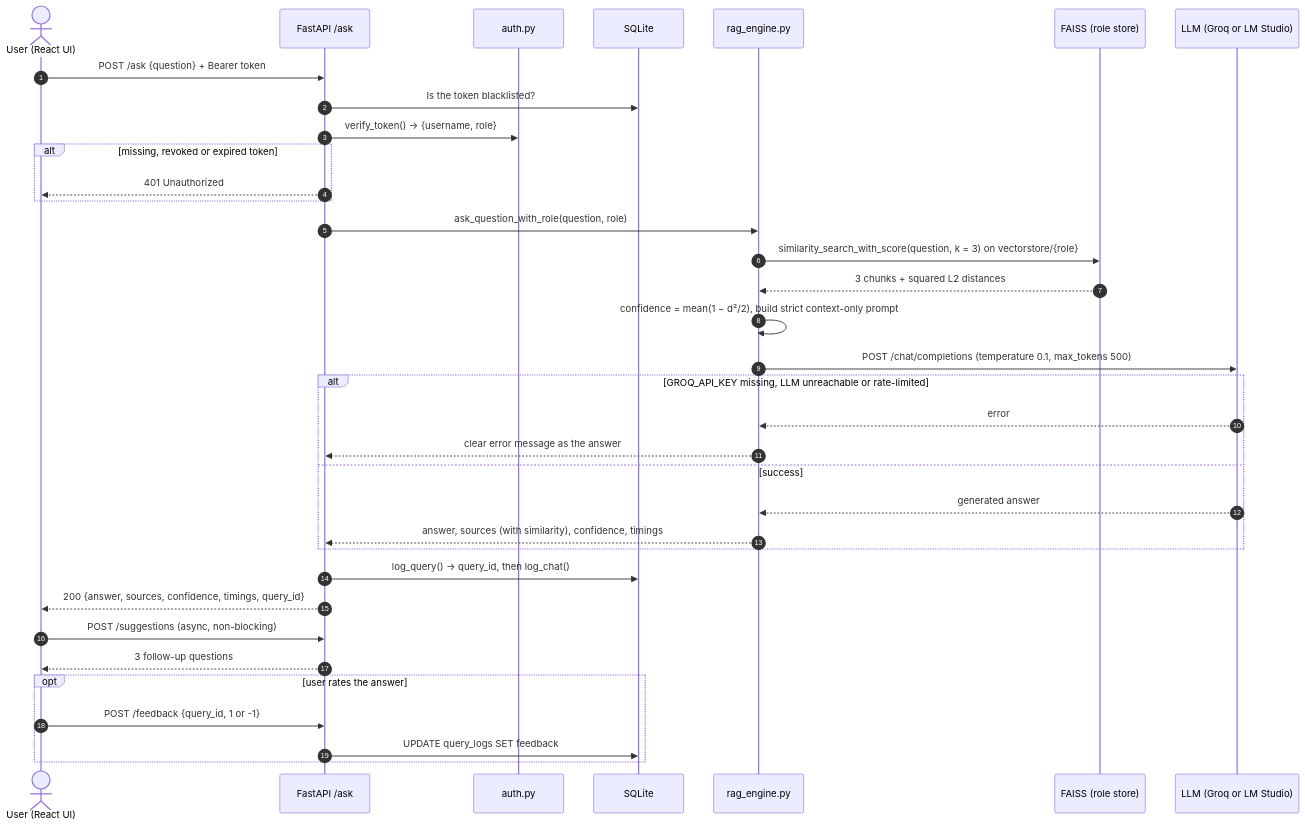
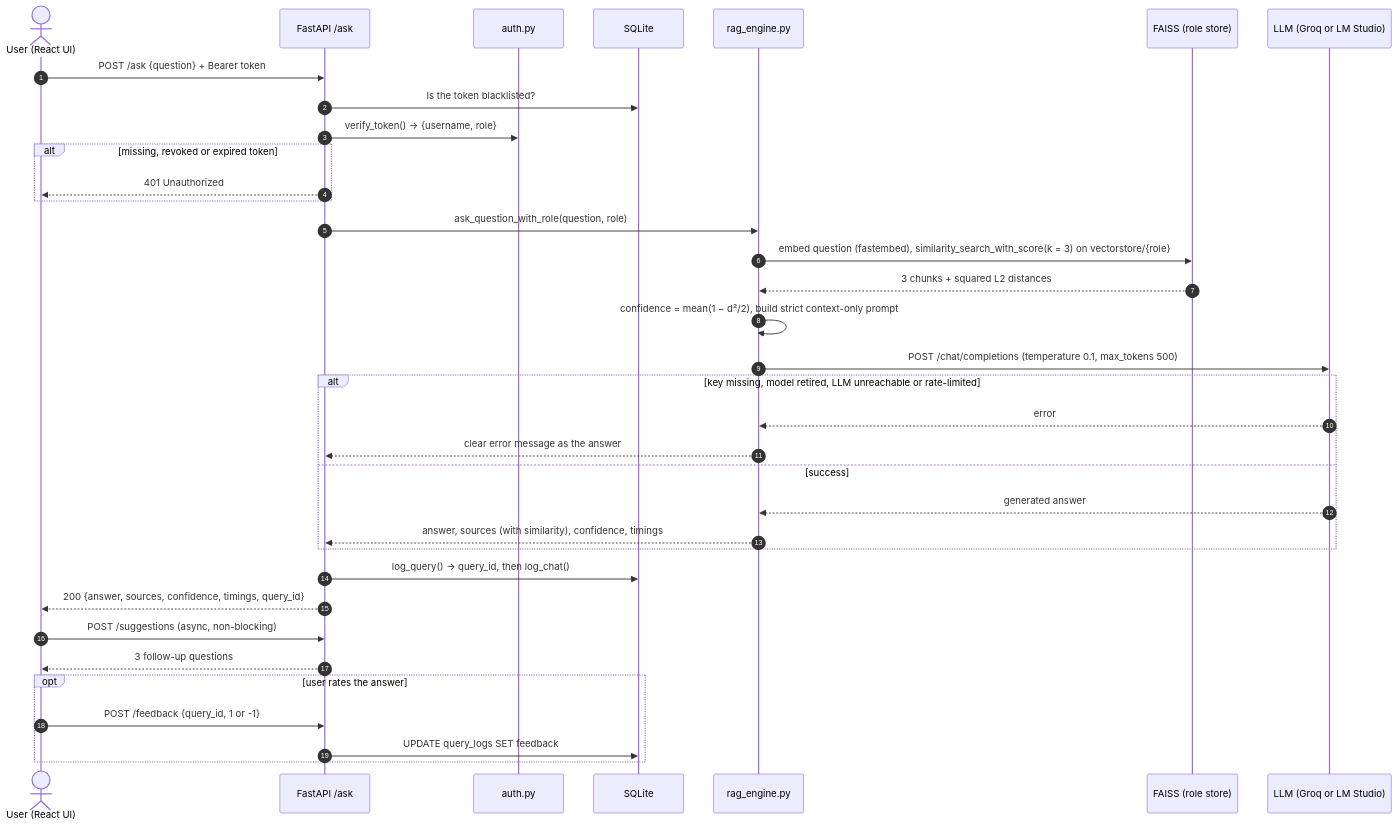
The second of 4 diagrams in README.md (GOPIKA-BTECH23/enterprise-rag-assistant), drawn with Mermaid before and after one commit. The commit also changed other lines of this file and 13 other files, not shown here.

````diff
--- a/README.md
+++ b/README.md
@@ -102,38 +105,38 @@
 ```mermaid
 sequenceDiagram
     autonumber
     actor U as User (React UI)
     participant A as FastAPI /ask
     participant J as auth.py
     participant D as SQLite
     participant R as rag_engine.py
     participant F as FAISS (role store)
     participant L as LLM (Groq or LM Studio)
 
     U->>A: POST /ask {question} + Bearer token
     A->>D: Is the token blacklisted?
     A->>J: verify_token() → {username, role}
     alt missing, revoked or expired token
         A-->>U: 401 Unauthorized
     end
     A->>R: ask_question_with_role(question, role)
-    R->>F: similarity_search_with_score(question, k = 3) on vectorstore/{role}
+    R->>F: embed question (fastembed), similarity_search_with_score(k = 3) on vectorstore/{role}
     F-->>R: 3 chunks + squared L2 distances
     R->>R: confidence = mean(1 − d²/2), build strict context-only prompt
     R->>L: POST /chat/completions (temperature 0.1, max_tokens 500)
-    alt GROQ_API_KEY missing, LLM unreachable or rate-limited
+    alt key missing, model retired, LLM unreachable or rate-limited
         L-->>R: error
         R-->>A: clear error message as the answer
     else success
         L-->>R: generated answer
         R-->>A: answer, sources (with similarity), confidence, timings
     end
     A->>D: log_query() → query_id, then log_chat()
     A-->>U: 200 {answer, sources, confidence, timings, query_id}
     U->>A: POST /suggestions (async, non-blocking)
     A-->>U: 3 follow-up questions
     opt user rates the answer
         U->>A: POST /feedback {query_id, 1 or -1}
         A->>D: UPDATE query_logs SET feedback
     end
 ```
````
